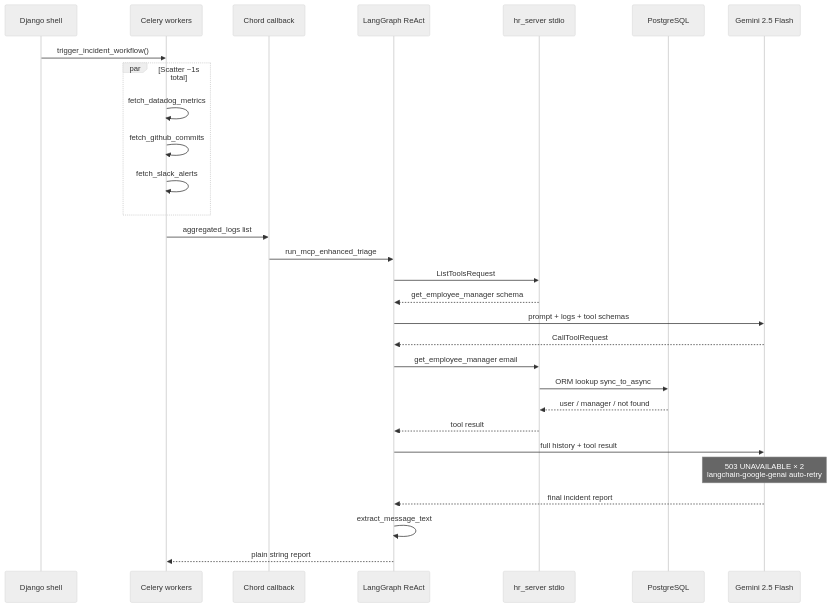
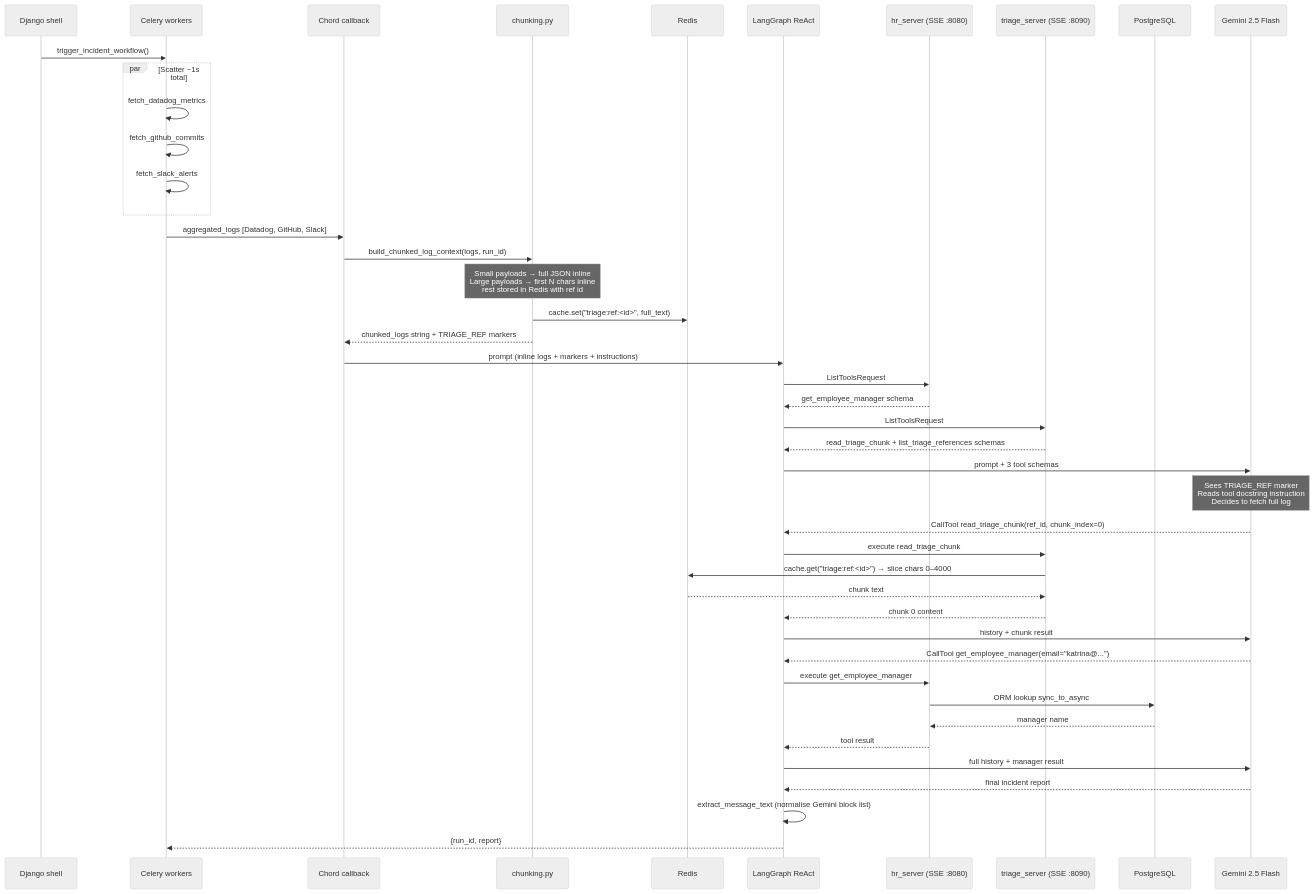
The first of 4 diagrams in docs/INCIDENT_TRIAGE_AGENT.md (shoaib2478/workstack), drawn with Mermaid (neutral theme) before and after one commit. The commit also changed other lines of this file and 8 other files, not shown here.

Commit message:
Incident triage mcp server with tests using chunking (#11)

````diff
--- a/docs/INCIDENT_TRIAGE_AGENT.md
+++ b/docs/INCIDENT_TRIAGE_AGENT.md
@@ -45,32 +137,47 @@
 ```mermaid
 sequenceDiagram
     participant Shell as Django shell
     participant Celery as Celery workers
     participant Chord as Chord callback
+    participant Chunk as chunking.py
+    participant Redis as Redis
     participant LG as LangGraph ReAct
-    participant MCP as hr_server stdio
+    participant HR as hr_server (SSE :8080)
+    participant Triage as triage_server (SSE :8090)
     participant DB as PostgreSQL
     participant Gemini as Gemini 2.5 Flash
 
     Shell->>Celery: trigger_incident_workflow()
     par Scatter ~1s total
         Celery->>Celery: fetch_datadog_metrics
         Celery->>Celery: fetch_github_commits
         Celery->>Celery: fetch_slack_alerts
     end
-    Celery->>Chord: aggregated_logs list
-    Chord->>LG: run_mcp_enhanced_triage
-    LG->>MCP: ListToolsRequest
-    MCP-->>LG: get_employee_manager schema
-    LG->>Gemini: prompt + logs + tool schemas
-    Gemini-->>LG: CallToolRequest
-    LG->>MCP: get_employee_manager email
-    MCP->>DB: ORM lookup sync_to_async
-    DB-->>MCP: user / manager / not found
-    MCP-->>LG: tool result
-    LG->>Gemini: full history + tool result
-    Note over Gemini: 503 UNAVAILABLE × 2<br/>langchain-google-genai auto-retry
+    Celery->>Chord: aggregated_logs [Datadog, GitHub, Slack]
+    Chord->>Chunk: build_chunked_log_context(logs, run_id)
+    Note over Chunk: Small payloads → full JSON inline<br/>Large payloads → first N chars inline<br/>rest stored in Redis with ref id
+    Chunk->>Redis: cache.set("triage:ref:<id>", full_text)
+    Chunk-->>Chord: chunked_logs string + TRIAGE_REF markers
+    Chord->>LG: prompt (inline logs + markers + instructions)
+    LG->>HR: ListToolsRequest
+    HR-->>LG: get_employee_manager schema
+    LG->>Triage: ListToolsRequest
+    Triage-->>LG: read_triage_chunk + list_triage_references schemas
+    LG->>Gemini: prompt + 3 tool schemas
+    Note over Gemini: Sees TRIAGE_REF marker<br/>Reads tool docstring instruction<br/>Decides to fetch full log
+    Gemini-->>LG: CallTool read_triage_chunk(ref_id, chunk_index=0)
+    LG->>Triage: execute read_triage_chunk
+    Triage->>Redis: cache.get("triage:ref:<id>") → slice chars 0–4000
+    Redis-->>Triage: chunk text
+    Triage-->>LG: chunk 0 content
+    LG->>Gemini: history + chunk result
+    Gemini-->>LG: CallTool get_employee_manager(email="katrina@...")
+    LG->>HR: execute get_employee_manager
+    HR->>DB: ORM lookup sync_to_async
+    DB-->>HR: manager name
+    HR-->>LG: tool result
+    LG->>Gemini: full history + manager result
     Gemini-->>LG: final incident report
-    LG->>LG: extract_message_text
-    LG-->>Celery: plain string report
+    LG->>LG: extract_message_text (normalise Gemini block list)
+    LG-->>Celery: {run_id, report}
 ```
````
